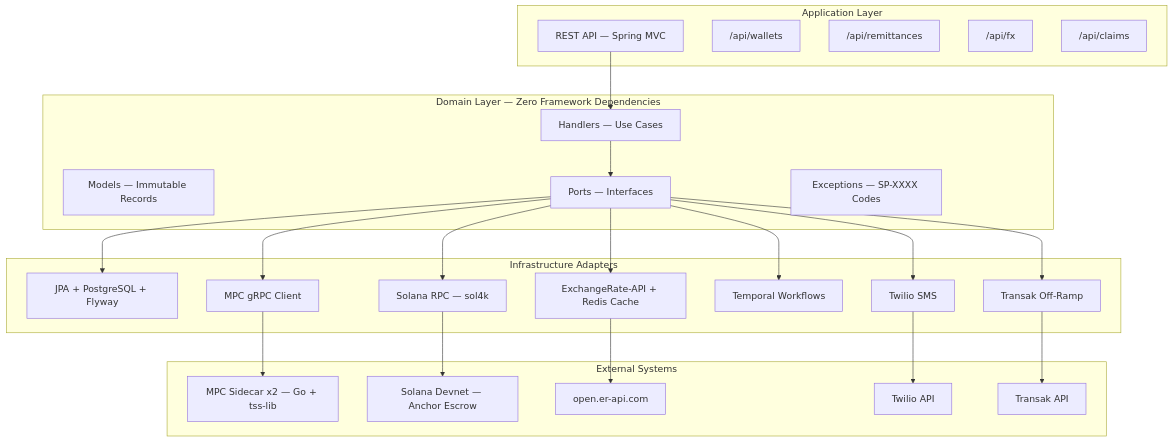
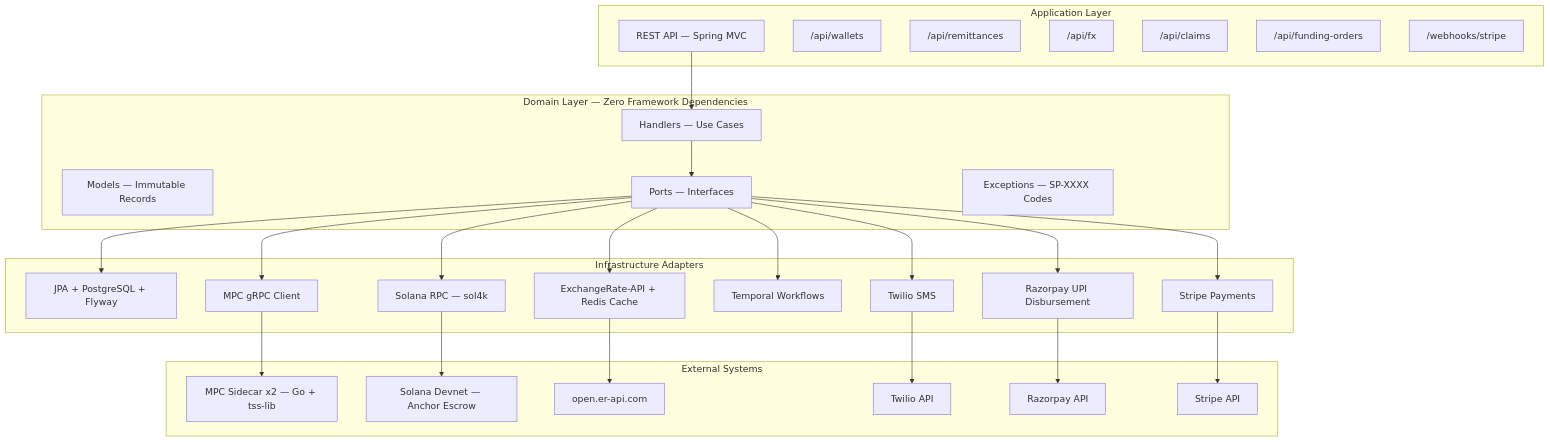
Before and after one commit to Puneethkumarck/stablepay-hackathon: the first of 11 diagrams in README.md, drawn with Mermaid. The commit also changed other lines of this file and 2 other files, not shown here.

First line of the commit message:
docs: rewrite E2E run for Stripe on-ramp + Razorpay UPI payout

````diff
--- a/README.md
+++ b/README.md
@@ -49,50 +50,56 @@
 ```mermaid
 graph TB
     subgraph "Application Layer"
         A[REST API — Spring MVC]
         A1["/api/wallets"]
         A2["/api/remittances"]
         A3["/api/fx"]
         A4["/api/claims"]
+        A5["/api/funding-orders"]
+        A6["/webhooks/stripe"]
     end
 
     subgraph "Domain Layer — Zero Framework Dependencies"
         B[Handlers — Use Cases]
         C[Models — Immutable Records]
         D[Ports — Interfaces]
         E[Exceptions — SP-XXXX Codes]
     end
 
     subgraph "Infrastructure Adapters"
         F[JPA + PostgreSQL + Flyway]
         G[MPC gRPC Client]
         H[Solana RPC — sol4k]
         I[ExchangeRate-API + Redis Cache]
         J[Temporal Workflows]
         K[Twilio SMS]
-        L[Transak Off-Ramp]
+        L[Razorpay UPI Disbursement]
+        S[Stripe Payments]
     end
 
     subgraph "External Systems"
         M[MPC Sidecar x2 — Go + tss-lib]
         N[Solana Devnet — Anchor Escrow]
         O[open.er-api.com]
         P[Twilio API]
-        Q[Transak API]
+        Q[Razorpay API]
+        R[Stripe API]
     end
 
     A --> B
     B --> D
     D --> F
     D --> G
     D --> H
     D --> I
     D --> J
     D --> K
     D --> L
+    D --> S
     G --> M
     H --> N
     I --> O
     K --> P
     L --> Q
+    S --> R
 ```
````
